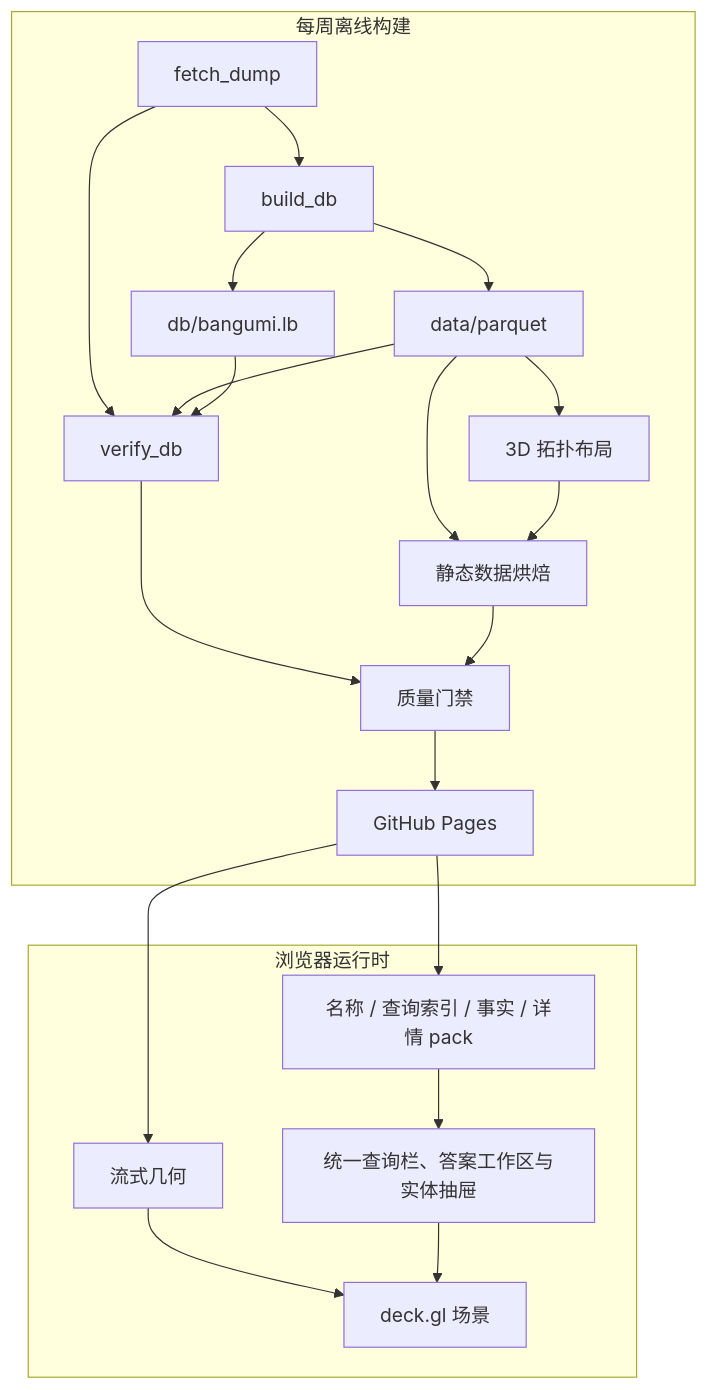
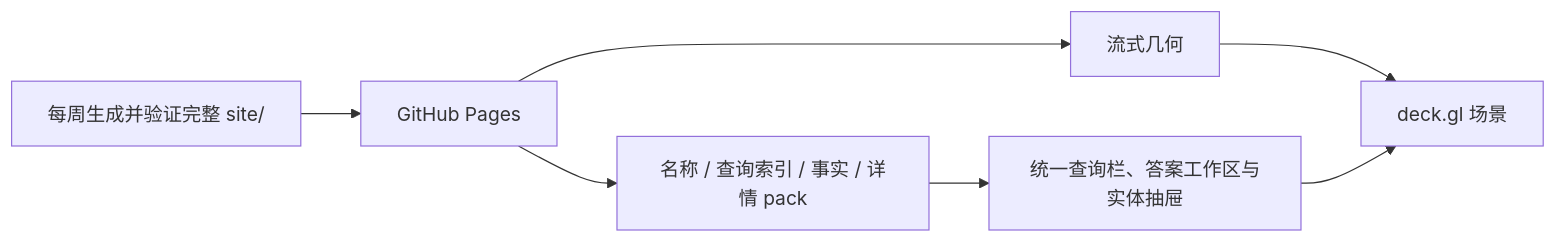
One commit to vauxe/bangumi-atlas changed the diagram in docs/EXPLORER_ARCHITECTURE.md. Above: the diagram before and after it, drawn with Mermaid. The commit also changed other lines of this file and 6 other files, not shown here.

````diff
--- a/docs/EXPLORER_ARCHITECTURE.md
+++ b/docs/EXPLORER_ARCHITECTURE.md
@@ -44,26 +35,8 @@
 ```mermaid
-flowchart TB
-    subgraph Weekly[每周离线构建]
-        A[fetch_dump] --> B[build_db]
-        B --> P[data/parquet]
-        B --> C[db/bangumi.lb]
-        A --> D[verify_db]
-        P --> D
-        C --> D
-        P --> E[3D 拓扑布局]
-        P --> F[静态数据烘焙]
-        E --> F
-        D --> Q[质量门禁]
-        F --> Q
-        Q --> G[GitHub Pages]
-    end
-
-    subgraph Browser[浏览器运行时]
-        H[流式几何] --> I[deck.gl 场景]
-        J[名称 / 查询索引 / 事实 / 详情 pack] --> K[统一查询栏、答案工作区与实体抽屉]
-        K --> I
-    end
-
-    G --> H
-    G --> J
+flowchart LR
+    A[每周生成并验证完整 site/] --> B[GitHub Pages]
+    B --> C[流式几何] --> D[deck.gl 场景]
+    B --> E[名称 / 查询索引 / 事实 / 详情 pack]
+    E --> F[统一查询栏、答案工作区与实体抽屉]
+    F --> D
 ```
````
